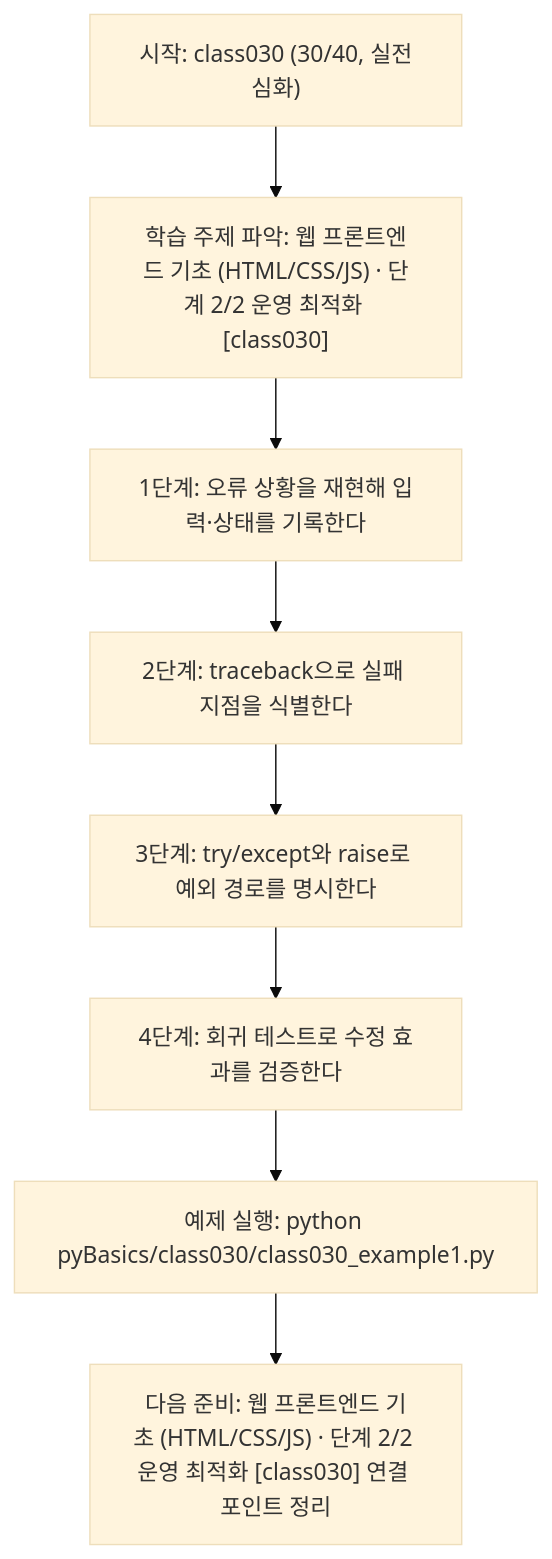
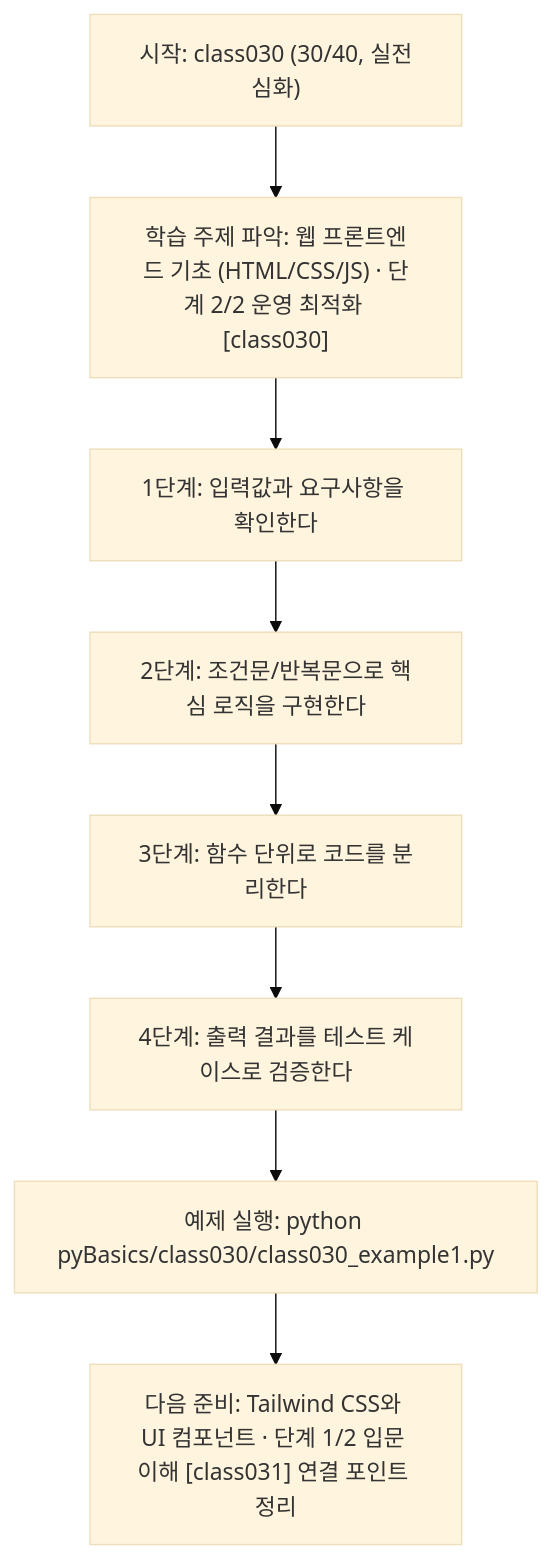
One commit to edumgt/Python-AI_Agent-Class changed the diagram in pyBasics/class030/class030.md. Above: the diagram before and after it, drawn with Mermaid (base theme). The commit also changed other lines of this file and 2370 other files, not shown here.

````diff
--- a/pyBasics/class030/class030.md
+++ b/pyBasics/class030/class030.md
@@ -108,18 +91,18 @@
 ```mermaid
 flowchart TD
 N1["시작: class030 (30/40, 실전심화)"]
 N2["학습 주제 파악: 웹 프론트엔드 기초 (HTML/CSS/JS) · 단계 2/2 운영 최적화 [class030]"]
-N3["1단계: 오류 상황을 재현해 입력·상태를 기록한다"]
-N4["2단계: traceback으로 실패 지점을 식별한다"]
-N5["3단계: try/except와 raise로 예외 경로를 명시한다"]
-N6["4단계: 회귀 테스트로 수정 효과를 검증한다"]
+N3["1단계: 입력값과 요구사항을 확인한다"]
+N4["2단계: 조건문/반복문으로 핵심 로직을 구현한다"]
+N5["3단계: 함수 단위로 코드를 분리한다"]
+N6["4단계: 출력 결과를 테스트 케이스로 검증한다"]
 N7["예제 실행: python pyBasics/class030/class030_example1.py"]
-N8["다음 준비: 웹 프론트엔드 기초 (HTML/CSS/JS) · 단계 2/2 운영 최적화 [class030] 연결 포인트 정리"]
+N8["다음 준비: Tailwind CSS와 UI 컴포넌트 · 단계 1/2 입문 이해 [class031] 연결 포인트 정리"]
 N1 --> N2
 N2 --> N3
 N3 --> N4
 N4 --> N5
 N5 --> N6
 N6 --> N7
 N7 --> N8
 ```
````
